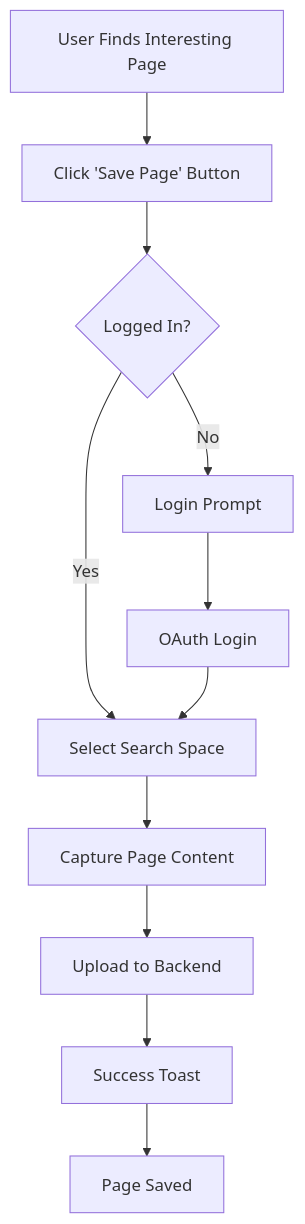
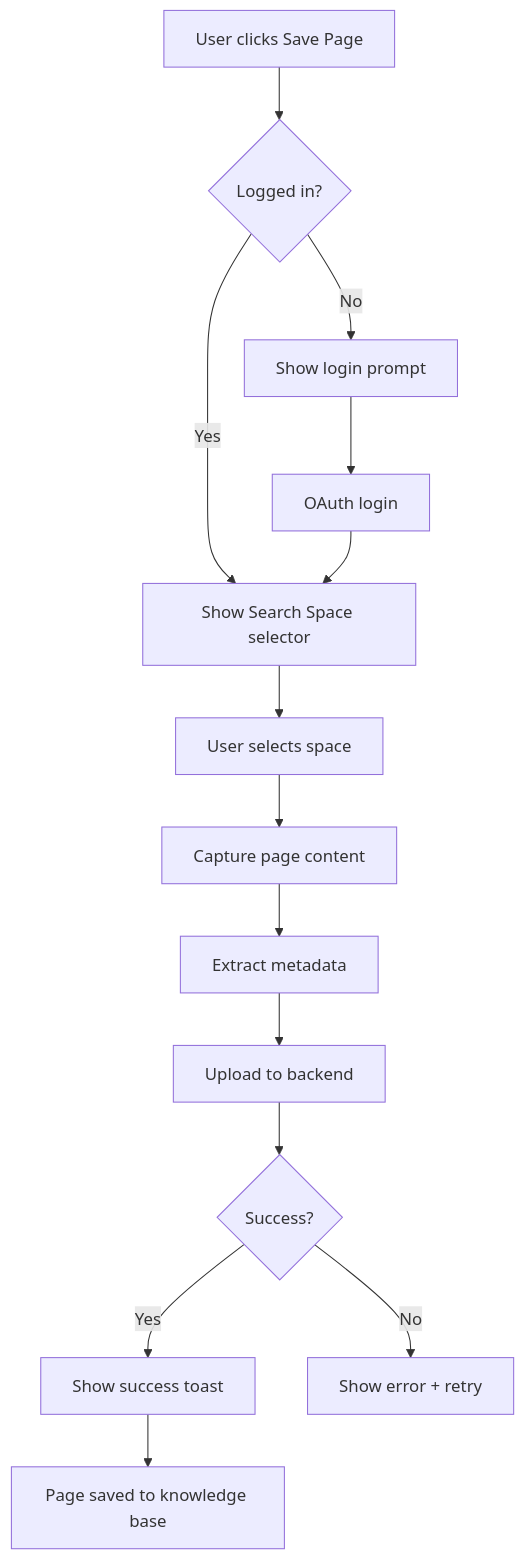
The fourth of 4 diagrams in _bmad-output/ux-design/extension-ux-design.md (deptrai/SurfSense), drawn with Mermaid before and after one commit. The commit also changed other lines of this file and 57 other files, not shown here.

````diff
--- a/_bmad-output/ux-design/extension-ux-design.md
+++ b/_bmad-output/ux-design/extension-ux-design.md
@@ -125,13 +303,16 @@
 ```mermaid
-graph TD
-    A[User Finds Interesting Page] --> B[Click 'Save Page' Button]
-    B --> C{Logged In?}
-    C -->|Yes| D[Select Search Space]
-    C -->|No| E[Login Prompt]
-    E --> F[OAuth Login]
-    F --> D
-    D --> G[Capture Page Content]
-    G --> H[Upload to Backend]
-    H --> I[Success Toast]
-    I --> J[Page Saved]
+flowchart TD
+    A[User clicks Save Page] --> B{Logged in?}
+    B -->|No| C[Show login prompt]
+    B -->|Yes| D[Show Search Space selector]
+    C --> E[OAuth login]
+    E --> D
+    D --> F[User selects space]
+    F --> G[Capture page content]
+    G --> H[Extract metadata]
+    H --> I[Upload to backend]
+    I --> J{Success?}
+    J -->|Yes| K[Show success toast]
+    J -->|No| L[Show error + retry]
+    K --> M[Page saved to knowledge base]
 ```
````
